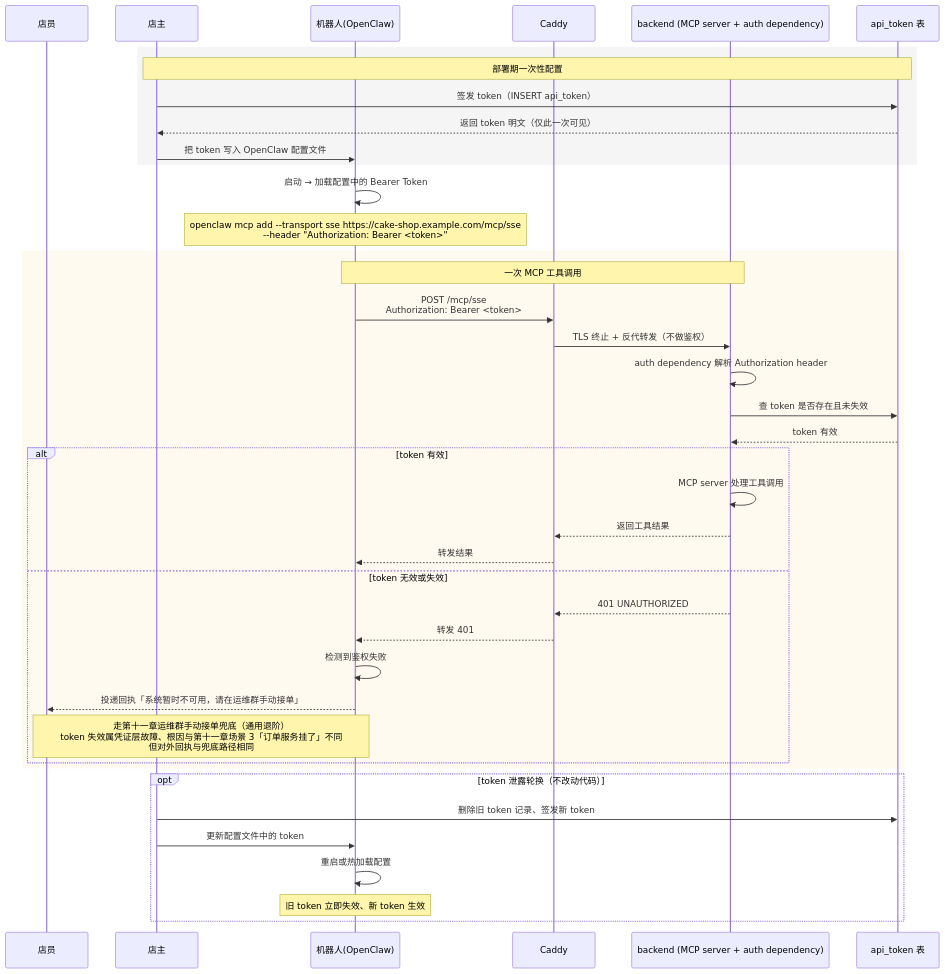
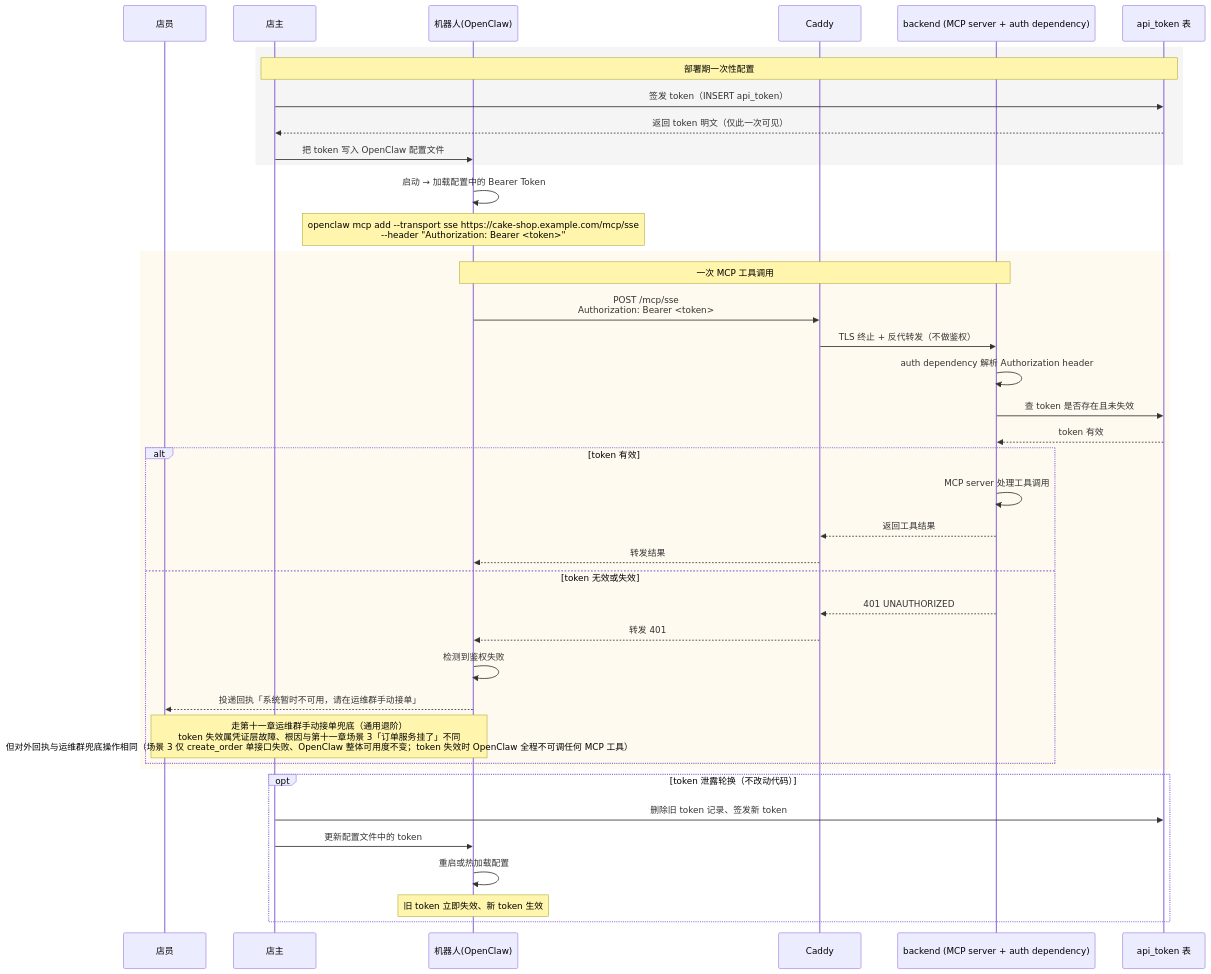
Diagram 26 of 35 in docs/时序图.md (Antiqueeeee/cake-management), drawn with Mermaid before and after one commit. The commit also changed other lines of this file, not shown here.

Commit message:
时序图 v1.4.2：按 v1.4.1 子代理 review S1 窄化 B2 兜底措辞 + 修头部故事编号残留
B2 token 失效兜底 Note 措辞：「对外回执与兜底路径相同」改为「对外回执与运维群兜底操作相同」，
并补出可观测面差异（场景 3 仅 create_order 单接口失败、OpenClaw 整体可用度不变；
token 失效时 OpenClaw 全程不可调任何 MCP 工具）。把「路径」窄化为「回执 + 操作」两件具体事，
防止读者把「兜底路径相同」过度外推到「OpenClaw 可用度也相同」。

顺手修头部状态行残留的「故事 2 后厨/店主 PIN 码登录」→「故事 5...」
（v1.4 编号漏改，TOC 与附录表已是故事 5、唯独头部状态行漏了一处）。

属措辞精度优化、无新增画法/分支/参与者；v1.4.1 review 已覆盖同一区域完备性，
本次不另起一轮子代理 review。

````diff
--- a/docs/时序图.md
+++ b/docs/时序图.md
@@ -1334,47 +1334,47 @@
 ```mermaid
 sequenceDiagram
     participant 店员
     participant 店主
     participant OpenClaw as 机器人(OpenClaw)
     participant Caddy
     participant 系统 as backend (MCP server + auth dependency)
     participant Token as api_token 表
 
     rect rgb(245, 245, 245)
     Note over 店主,Token: 部署期一次性配置
     店主->>Token: 签发 token（INSERT api_token）
     Token-->>店主: 返回 token 明文（仅此一次可见）
     店主->>OpenClaw: 把 token 写入 OpenClaw 配置文件
     end
 
     OpenClaw->>OpenClaw: 启动 → 加载配置中的 Bearer Token
     Note over OpenClaw: openclaw mcp add --transport sse https://cake-shop.example.com/mcp/sse<br/>--header "Authorization: Bearer <token>"
 
     rect rgb(255, 250, 240)
     Note over OpenClaw,系统: 一次 MCP 工具调用
     OpenClaw->>Caddy: POST /mcp/sse<br/>Authorization: Bearer <token>
     Caddy->>系统: TLS 终止 + 反代转发（不做鉴权）
     系统->>系统: auth dependency 解析 Authorization header
     系统->>Token: 查 token 是否存在且未失效
     Token-->>系统: token 有效
 
     alt token 有效
         系统->>系统: MCP server 处理工具调用
         系统-->>Caddy: 返回工具结果
         Caddy-->>OpenClaw: 转发结果
     else token 无效或失效
         系统-->>Caddy: 401 UNAUTHORIZED
         Caddy-->>OpenClaw: 转发 401
         OpenClaw->>OpenClaw: 检测到鉴权失败
         OpenClaw-->>店员: 投递回执「系统暂时不可用，请在运维群手动接单」
-        Note over OpenClaw,店员: 走第十一章运维群手动接单兜底（通用退阶）<br/>token 失效属凭证层故障、根因与第十一章场景 3「订单服务挂了」不同<br/>但对外回执与兜底路径相同
+        Note over OpenClaw,店员: 走第十一章运维群手动接单兜底（通用退阶）<br/>token 失效属凭证层故障、根因与第十一章场景 3「订单服务挂了」不同<br/>但对外回执与运维群兜底操作相同（场景 3 仅 create_order 单接口失败、OpenClaw 整体可用度不变；token 失效时 OpenClaw 全程不可调任何 MCP 工具）
     end
     end
 
     opt token 泄露轮换（不改动代码）
         店主->>Token: 删除旧 token 记录、签发新 token
         店主->>OpenClaw: 更新配置文件中的 token
         OpenClaw->>OpenClaw: 重启或热加载配置
         Note over OpenClaw: 旧 token 立即失效、新 token 生效
     end
 ```
````
